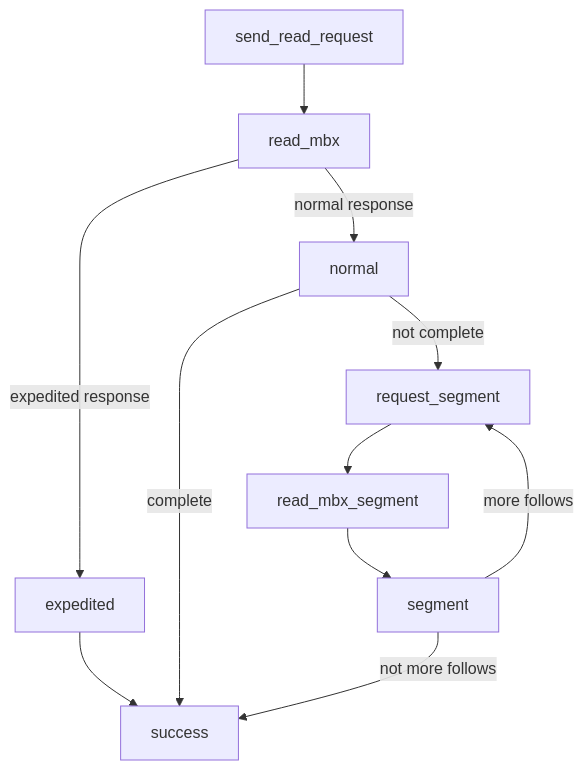
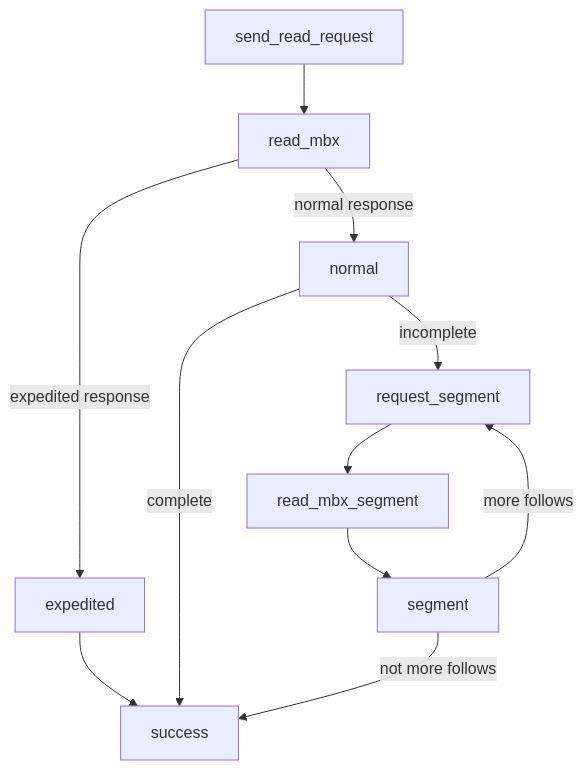
Before and after one commit to kj4tmp/gatorcat: the first of 2 diagrams in src/mailbox/design.md, drawn with Mermaid. The commit also changed other lines of this file and 3 other files, not shown here.

````diff
--- a/src/mailbox/design.md
+++ b/src/mailbox/design.md
@@ -11,13 +11,13 @@
 ```mermaid
 graph TB;
     send_read_request --> read_mbx;
     read_mbx -->|expedited response| expedited;
     expedited --> success;
     read_mbx -->|normal response| normal;
     normal --> |complete| success;
-    normal --> |not complete| request_segment
+    normal --> |incomplete| request_segment
     request_segment --> read_mbx_segment;
     read_mbx_segment --> segment;
     segment -->|not more follows| success;
     segment -->|more follows| request_segment; 
 ```
````
